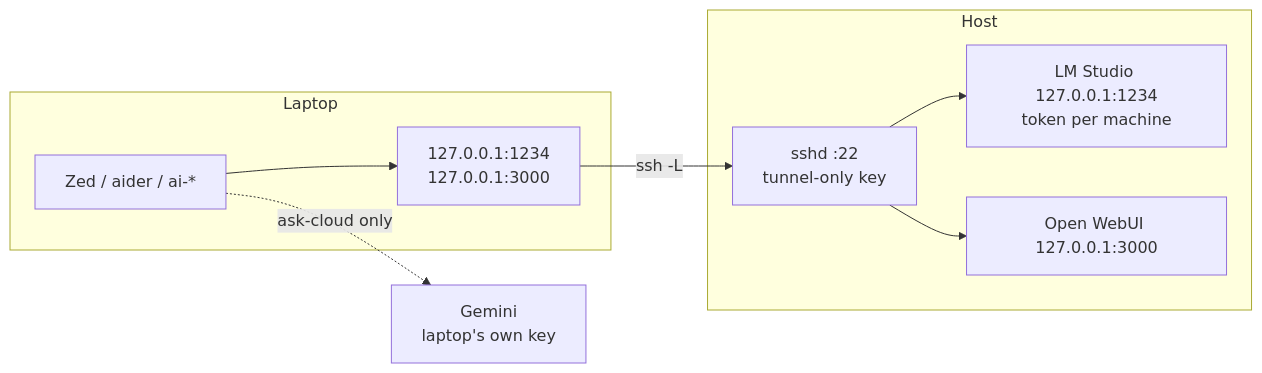
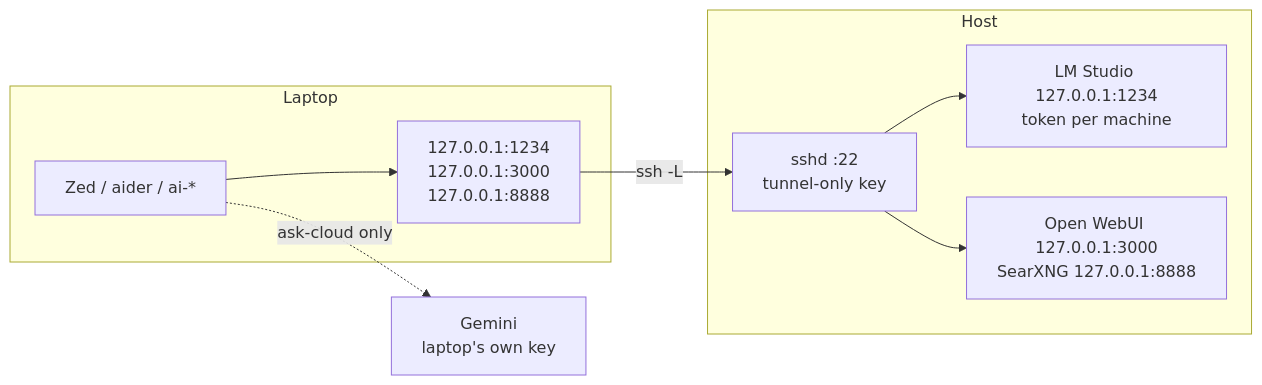
The diagram in docs/LAPTOP.md (ouster/hearth), drawn with Mermaid before and after one commit. The commit also changed other lines of this file and 8 other files, not shown here.

First line of the commit message:
Let laptops reach the host's SearXNG through the tunnel.

````diff
--- a/docs/LAPTOP.md
+++ b/docs/LAPTOP.md
@@ -8,18 +8,18 @@
 ```mermaid
 flowchart LR
     subgraph laptop["Laptop"]
         lz["Zed / aider / ai-*"]
-        lp["127.0.0.1:1234<br/>127.0.0.1:3000"]
+        lp["127.0.0.1:1234<br/>127.0.0.1:3000<br/>127.0.0.1:8888"]
     end
     subgraph host["Host"]
         sshd["sshd :22<br/>tunnel-only key"]
         lms["LM Studio 127.0.0.1:1234<br/>token per machine"]
-        webui["Open WebUI 127.0.0.1:3000"]
+        webui["Open WebUI 127.0.0.1:3000<br/>SearXNG 127.0.0.1:8888"]
     end
     gem["Gemini<br/>laptop's own key"]
     lz --> lp
     lp -->|"ssh -L"| sshd
     sshd --> lms
     sshd --> webui
     lz -.->|"ask-cloud only"| gem
 ```
````
